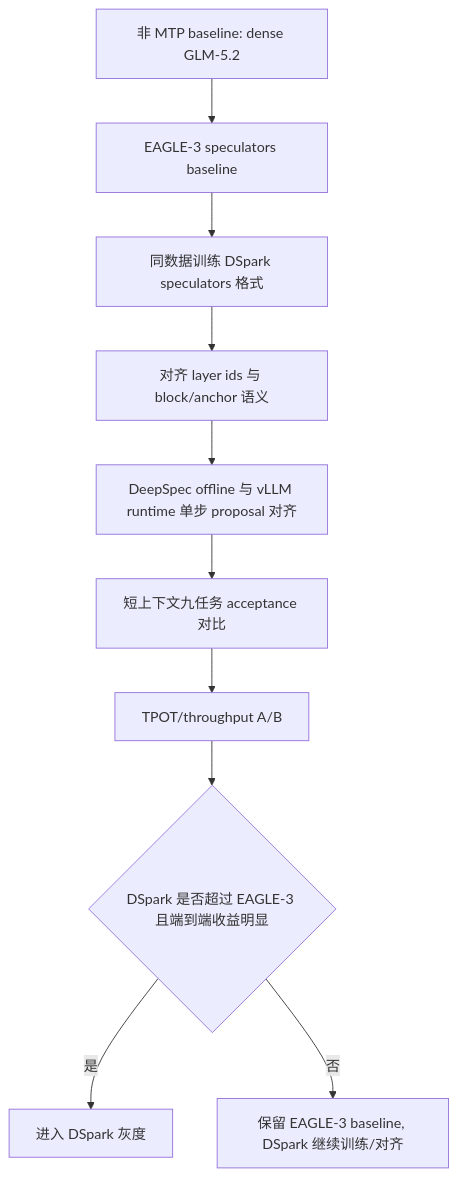
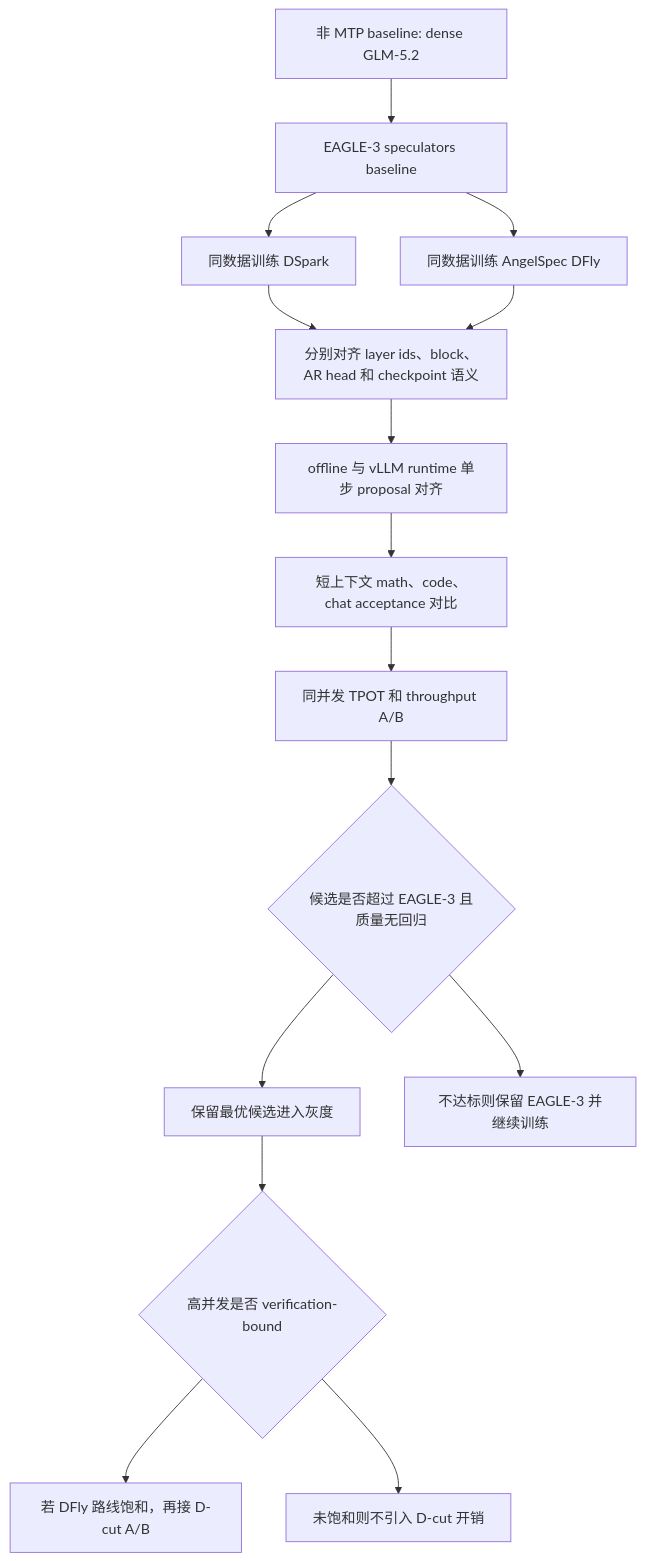
One commit to aliceengle/paper_and_technique_share changed diagram 12 of 12 in Technique/speculative_decoding_technique_comparison_glm52_report_20260721.md. Above: the diagram before and after it, drawn with Mermaid. The commit also changed other lines of this file and 1 other file, not shown here.

````diff
--- a/Technique/speculative_decoding_technique_comparison_glm52_report_20260721.md
+++ b/Technique/speculative_decoding_technique_comparison_glm52_report_20260721.md
@@ -1827,12 +2140,17 @@
 ```mermaid
 flowchart TD
     A[非 MTP baseline: dense GLM-5.2] --> B[EAGLE-3 speculators baseline]
-    B --> C[同数据训练 DSpark speculators 格式]
-    C --> D[对齐 layer ids 与 block/anchor 语义]
-    D --> E[DeepSpec offline 与 vLLM runtime 单步 proposal 对齐]
-    E --> F[短上下文九任务 acceptance 对比]
-    F --> G[TPOT/throughput A/B]
-    G --> H{DSpark 是否超过 EAGLE-3 且端到端收益明显}
-    H -->|是| I[进入 DSpark 灰度]
-    H -->|否| J[保留 EAGLE-3 baseline, DSpark 继续训练/对齐]
+    B --> C[同数据训练 DSpark]
+    B --> D[同数据训练 AngelSpec DFly]
+    C --> E[分别对齐 layer ids、block、AR head 和 checkpoint 语义]
+    D --> E
+    E --> F[offline 与 vLLM runtime 单步 proposal 对齐]
+    F --> G[短上下文 math、code、chat acceptance 对比]
+    G --> H[同并发 TPOT 和 throughput A/B]
+    H --> I{候选是否超过 EAGLE-3 且质量无回归}
+    I --> J[保留最优候选进入灰度]
+    I --> K[不达标则保留 EAGLE-3 并继续训练]
+    J --> L{高并发是否 verification-bound}
+    L --> M[若 DFly 路线饱和，再接 D-cut A/B]
+    L --> N[未饱和则不引入 D-cut 开销]
 ```
````
